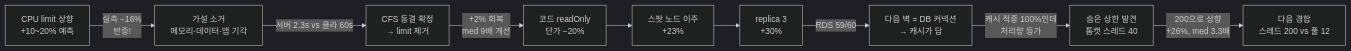
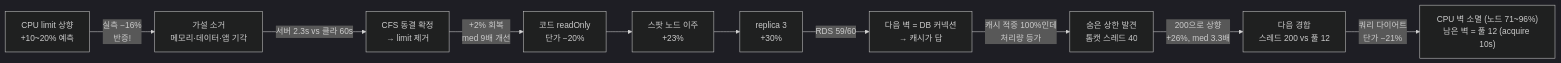
Before and after one commit to Minchae0322/yogurtte-rca-agent: the fourth of 4 diagrams in autoscaling/loadtest/results/04-콘텐츠폭주/README.md, drawn with Mermaid (dark theme). The commit also changed other lines of this file and 13 other files, not shown here.

````diff
--- a/autoscaling/loadtest/results/04-콘텐츠폭주/README.md
+++ b/autoscaling/loadtest/results/04-콘텐츠폭주/README.md
@@ -36,11 +36,12 @@
 ```mermaid
 flowchart LR
     A["CPU limit 상향<br/>+10~20% 예측"] -->|"실측 −16%<br/>반증!"| B["가설 소거<br/>메모리·데이터·앱 기각"]
     B -->|"서버 2.3s vs 클라 60s"| C["CFS 동결 확정<br/>→ limit 제거"]
     C -->|"+2% 회복<br/>med 9배 개선"| D["코드 readOnly<br/>단가 −20%"]
     D --> E["스팟 노드 이주<br/>+23%"]
     E --> F["replica 3<br/>+30%"]
     F -->|"RDS 59/60"| G["다음 벽 = DB 커넥션<br/>→ 캐시가 답"]
     G -->|"캐시 적중 100%인데<br/>처리량 등가"| H["숨은 상한 발견<br/>톰캣 스레드 40"]
     H -->|"200으로 상향<br/>+26%, med 3.3배"| I["다음 경합<br/>스레드 200 vs 풀 12"]
+    I -->|"쿼리 다이어트<br/>단가 −21%"| J["CPU 벽 소멸 (노드 71~96%)<br/>남은 벽 = 풀 12 (acquire 10s)"]
 ```
````
